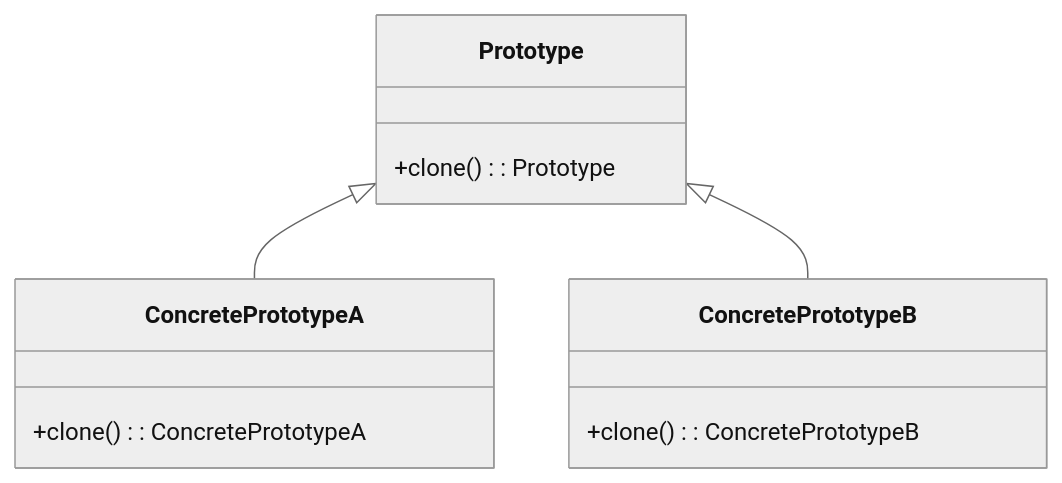
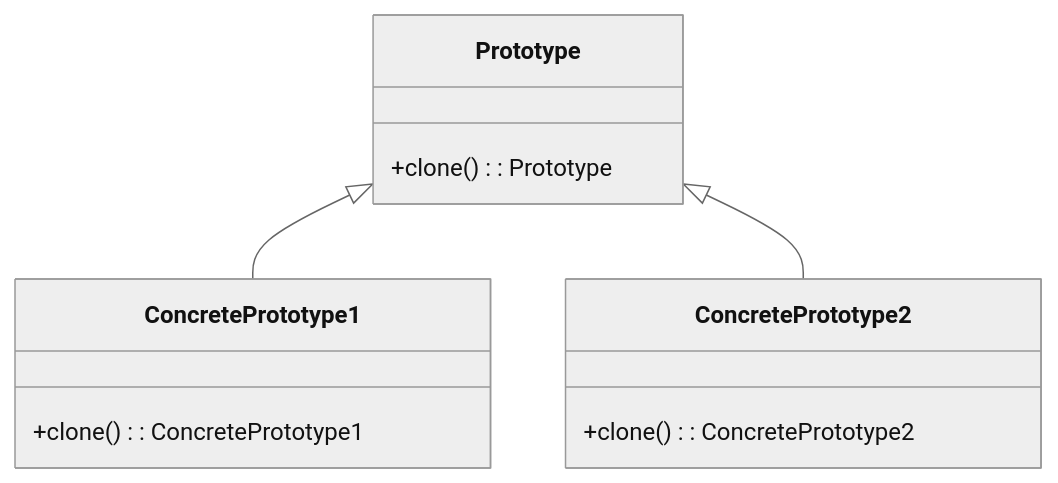
Before and after one commit to skynoid2612/design-patterns-for-clean-architecture: the diagram in md/design_pattern_Prototype.md, drawn with Mermaid (neutral theme). The commit also changed other lines of this file and 23 other files, not shown here.

````diff
--- a/md/design_pattern_Prototype.md
+++ b/md/design_pattern_Prototype.md
@@ -35,14 +32,14 @@
 ```mermaid
 classDiagram
     class Prototype {
         +clone(): Prototype
     }
-    class ConcretePrototypeA {
-        +clone(): ConcretePrototypeA
+    class ConcretePrototype1 {
+        +clone(): ConcretePrototype1
     }
-    class ConcretePrototypeB {
-        +clone(): ConcretePrototypeB
+    class ConcretePrototype2 {
+        +clone(): ConcretePrototype2
     }
-    Prototype <|-- ConcretePrototypeA
-    Prototype <|-- ConcretePrototypeB
+    Prototype <|-- ConcretePrototype1
+    Prototype <|-- ConcretePrototype2
 ```
````
